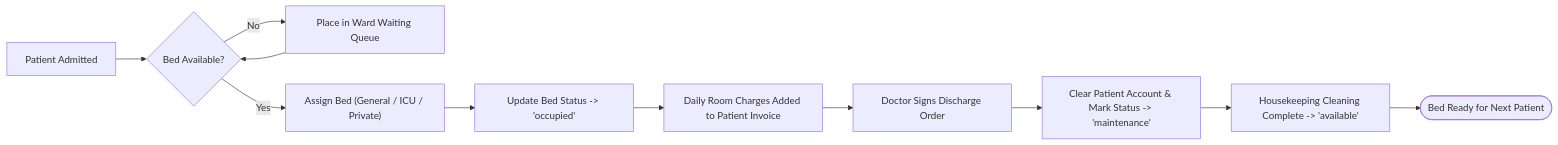
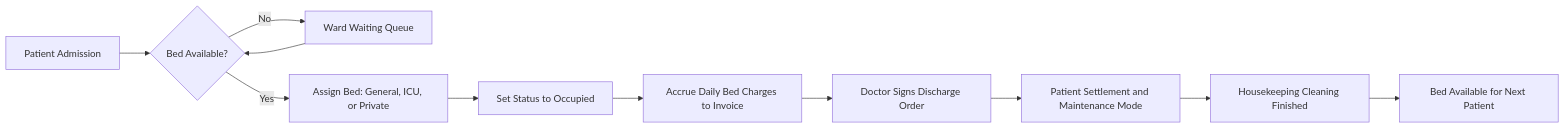
Before and after one commit to ThummarDarshan/HMS_AI: the sixth of 7 diagrams in README.md, drawn with Mermaid. The commit also changed other lines of this file, not shown here.

Commit message:
fix(docs): resolve GitHub Mermaid rendering errors by fixing subgraph connections, critical blocks, and ER pipe characters

````diff
--- a/README.md
+++ b/README.md
@@ -349,13 +339,13 @@
 ```mermaid
 flowchart LR
-    A["Patient Admitted"] --> B{"Bed Available?"}
-    B -- No --> C["Place in Ward Waiting Queue"]
+    A[Patient Admission] --> B{Bed Available?}
+    B -->|No| C[Ward Waiting Queue]
     C --> B
-    B -- Yes --> D["Assign Bed (General / ICU / Private)"]
-    D --> E["Update Bed Status -> 'occupied'"]
-    E --> F["Daily Room Charges Added to Patient Invoice"]
-    F --> G["Doctor Signs Discharge Order"]
-    G --> H["Clear Patient Account & Mark Status -> 'maintenance'"]
-    H --> I["Housekeeping Cleaning Complete -> 'available'"]
-    I --> J(["Bed Ready for Next Patient"])
+    B -->|Yes| D[Assign Bed: General, ICU, or Private]
+    D --> E[Set Status to Occupied]
+    E --> F[Accrue Daily Bed Charges to Invoice]
+    F --> G[Doctor Signs Discharge Order]
+    G --> H[Patient Settlement and Maintenance Mode]
+    H --> I[Housekeeping Cleaning Finished]
+    I --> J[Bed Available for Next Patient]
 ```
````
